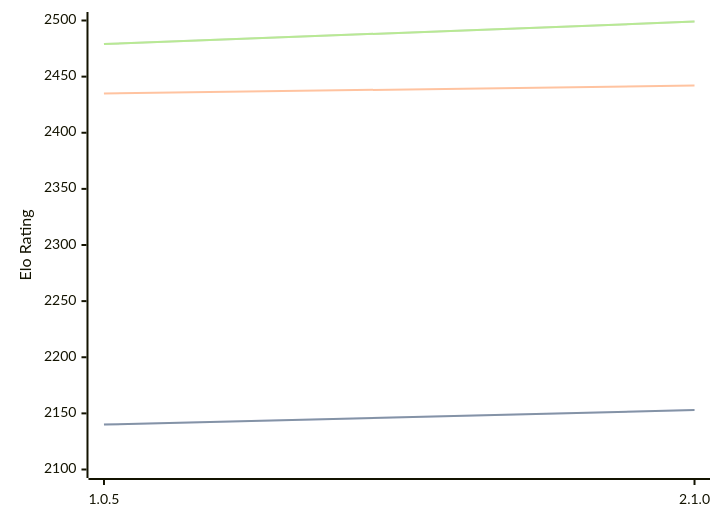
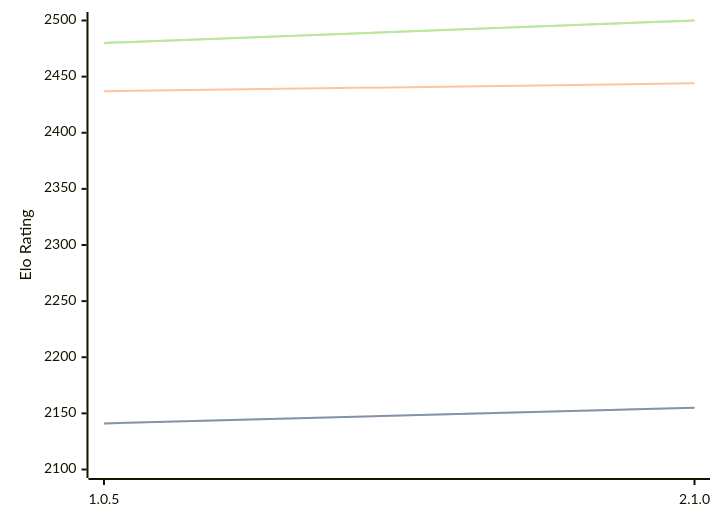
Before and after one commit to computer-chess-index/cci: the diagram in engines/Ruffian.md, drawn with Mermaid. The commit also changed other lines of this file, not shown here.

Commit message:
Update CCI Ratings (ELO VLTC) - 2026-08-26

````diff
--- a/engines/Ruffian.md
+++ b/engines/Ruffian.md
@@ -32,11 +32,11 @@
 ```mermaid
 %%{init: {"theme":"base","themeVariables":{"seriesColors:['#a3a3a3','#222221','#faa371']}}}%%
 xychart-beta
   x-axis ["1.0.5", "2.1.0"]
   y-axis "Elo Rating" 2100 --> 2500
-  line "STC (8.0+0.08s)" [2140, 2153]
-  line "STC (8.0+0.08s)" [2140, 2153]
-  line "LTC (60.0+0.60s)" [2435, 2442]
-  line "VLTC (2m24s+1.12s)" [2479, 2499]
-  line "VLTC (2m24s+1.12s)" [2479, 2499]
+  line "STC (8.0+0.08s)" [2141, 2155]
+  line "STC (8.0+0.08s)" [2141, 2155]
+  line "LTC (60.0+0.60s)" [2437, 2444]
+  line "VLTC (2m24s+1.12s)" [2480, 2500]
+  line "VLTC (2m24s+1.12s)" [2480, 2500]
 ```
````
